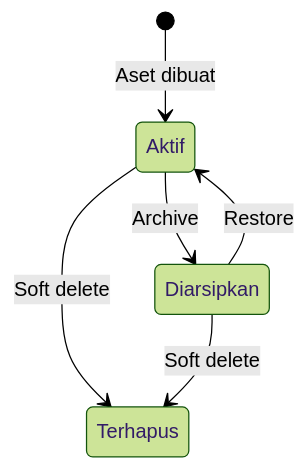
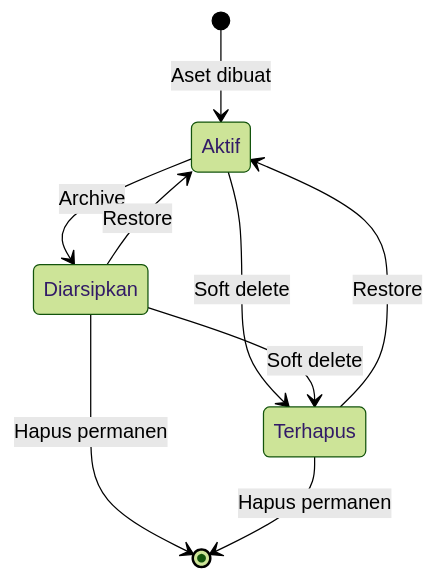
Before and after one commit to dev-ijf/asset-management-system: diagram 12 of 13 in docs/ASSET_MANAGEMENT_BUSINESS_PROCESS.md, drawn with Mermaid (forest theme). The commit also changed other lines of this file and 19 other files, not shown here.

````diff
--- a/docs/ASSET_MANAGEMENT_BUSINESS_PROCESS.md
+++ b/docs/ASSET_MANAGEMENT_BUSINESS_PROCESS.md
@@ -168,8 +184,11 @@
 ```mermaid
 stateDiagram-v2
     [*] --> Aktif: Aset dibuat
     Aktif --> Diarsipkan: Archive
     Diarsipkan --> Aktif: Restore
     Aktif --> Terhapus: Soft delete
     Diarsipkan --> Terhapus: Soft delete
+    Terhapus --> Aktif: Restore
+    Diarsipkan --> [*]: Hapus permanen
+    Terhapus --> [*]: Hapus permanen
 ```
````
